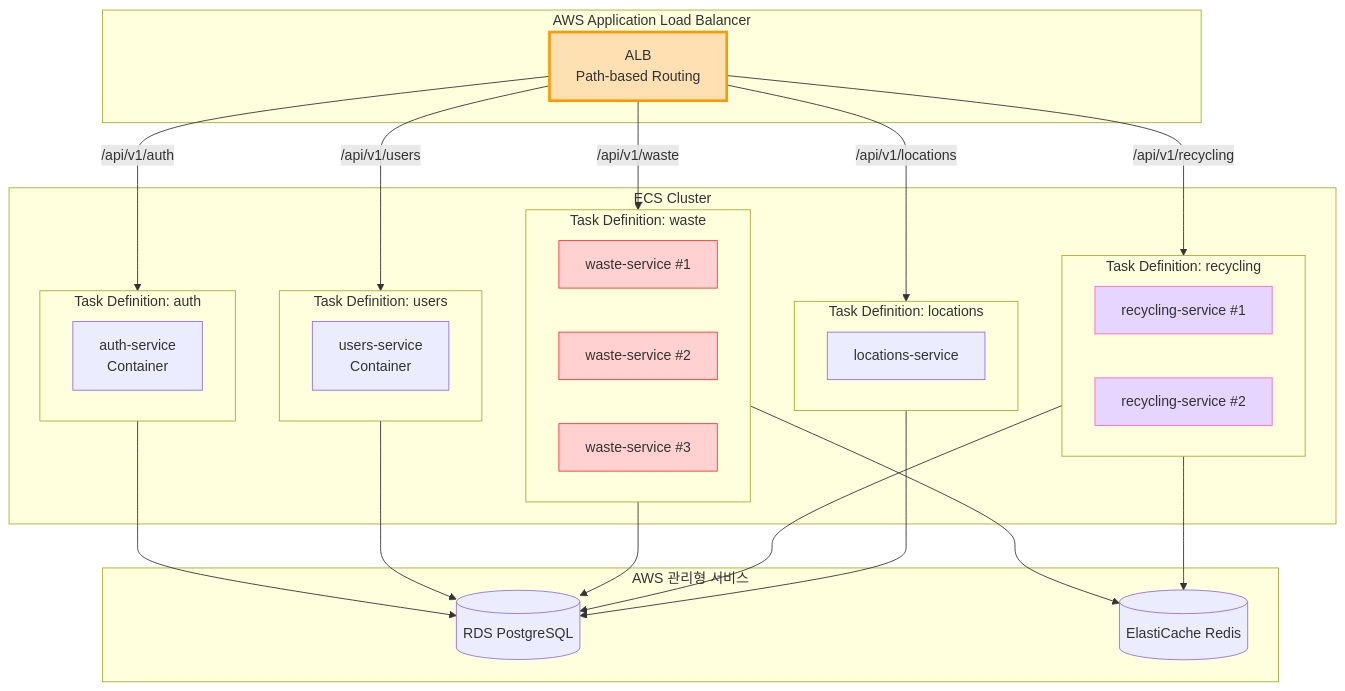
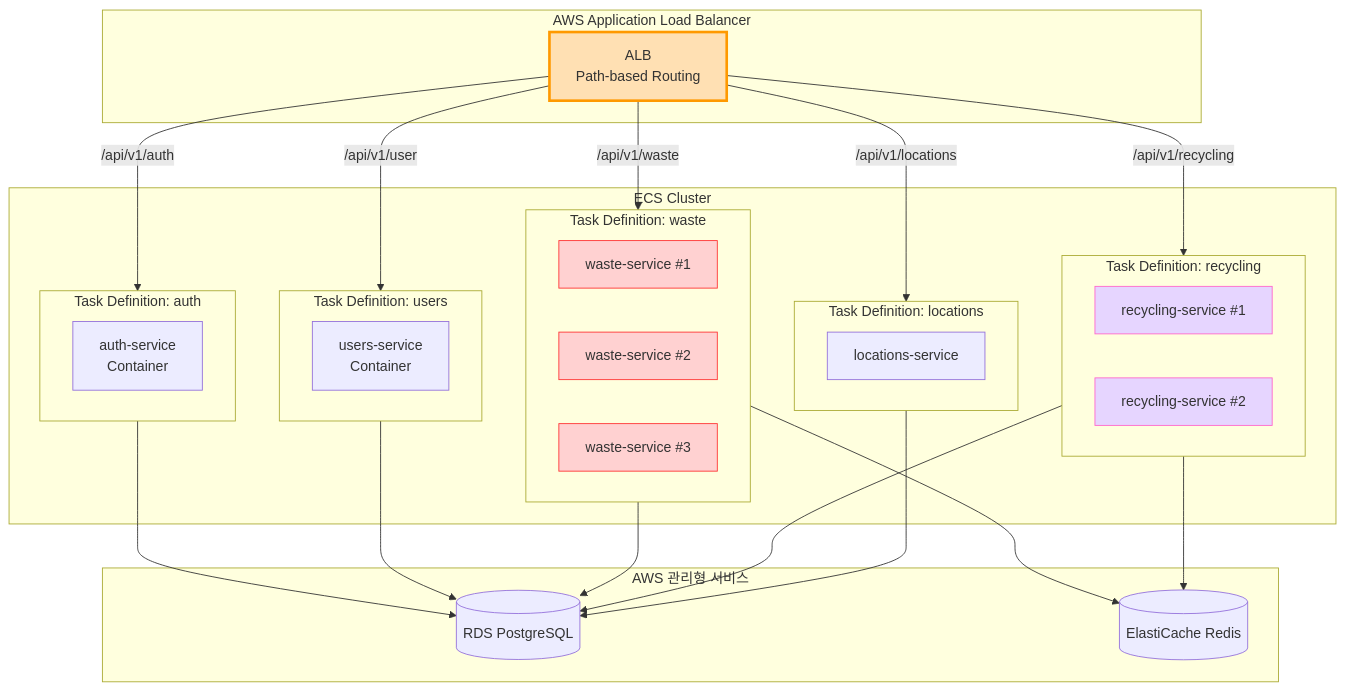
One commit to SeSACTHON/backend changed the fourth of 9 diagrams in docs/archive/design-reviews/06-microservices-architecture.md. Above: the diagram before and after it, drawn with Mermaid. The commit also changed other lines of this file and 20 other files, not shown here.

````diff
--- a/docs/archive/design-reviews/06-microservices-architecture.md
+++ b/docs/archive/design-reviews/06-microservices-architecture.md
@@ -242,58 +242,58 @@
 ```mermaid
 graph TB
     subgraph ALB["AWS Application Load Balancer"]
         LB[ALB<br/>Path-based Routing]
     end
     
     subgraph ECS["ECS Cluster"]
         subgraph Task1["Task Definition: auth"]
             Auth1[auth-service<br/>Container]
         end
         
         subgraph Task2["Task Definition: users"]
             Users1[users-service<br/>Container]
         end
         
         subgraph Task3["Task Definition: waste"]
             Waste1[waste-service #1]
             Waste2[waste-service #2]
             Waste3[waste-service #3]
         end
         
         subgraph Task4["Task Definition: recycling"]
             Recycling1[recycling-service #1]
             Recycling2[recycling-service #2]
         end
         
         subgraph Task5["Task Definition: locations"]
             Locations1[locations-service]
         end
     end
     
     subgraph Data["AWS 관리형 서비스"]
         RDS[(RDS PostgreSQL)]
         ElastiCache[(ElastiCache Redis)]
     end
     
     LB -->|/api/v1/auth| Task1
-    LB -->|/api/v1/users| Task2
+    LB -->|/api/v1/user| Task2
     LB -->|/api/v1/waste| Task3
     LB -->|/api/v1/recycling| Task4
     LB -->|/api/v1/locations| Task5
     
     Task1 --> RDS
     Task2 --> RDS
     Task3 --> RDS
     Task4 --> RDS
     Task5 --> RDS
     
     Task3 --> ElastiCache
     Task4 --> ElastiCache
     
     style LB fill:#ffe0b3,stroke:#ff9900,stroke-width:3px
     style Waste1 fill:#ffd1d1,stroke:#ff3333
     style Waste2 fill:#ffd1d1,stroke:#ff3333
     style Waste3 fill:#ffd1d1,stroke:#ff3333
     style Recycling1 fill:#e6d5ff,stroke:#ff66cc
     style Recycling2 fill:#e6d5ff,stroke:#ff66cc
 ```
````
